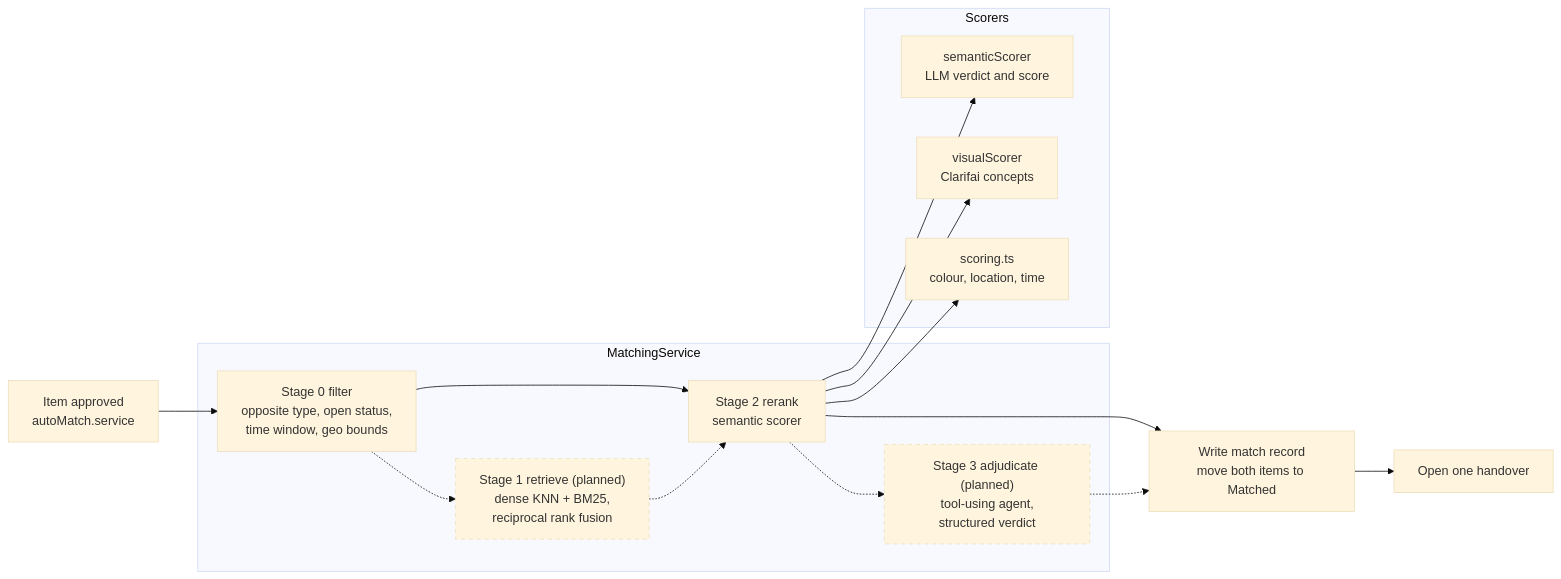
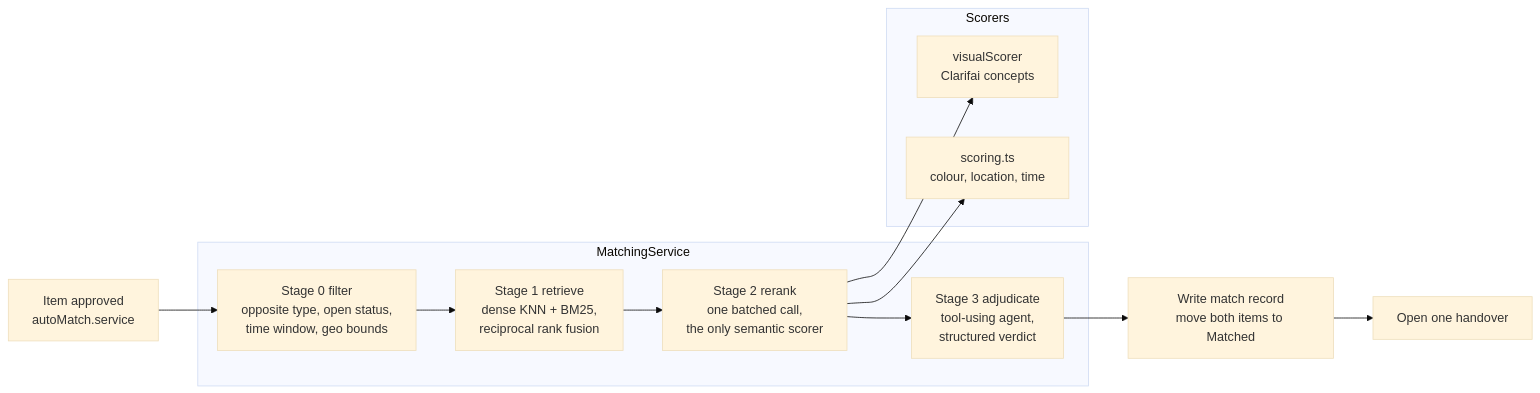
Before and after one commit to Vinay-R-S/ReClaim-AI: the first of 3 diagrams in docs/architecture/c4-components.md, drawn with Mermaid (base theme). The commit also changed other lines of this file and 61 other files, not shown here.

First line of the commit message:
feat: bounded adjudication agent, and retire the per-candidate scorer

````diff
--- a/docs/architecture/c4-components.md
+++ b/docs/architecture/c4-components.md
@@ -40,30 +40,23 @@
 ```mermaid
 flowchart LR
     trigger["Item approved<br/>autoMatch.service"]
 
     subgraph pipeline["MatchingService"]
         filter["Stage 0 filter<br/>opposite type, open status,<br/>time window, geo bounds"]
-        retrieve["Stage 1 retrieve (planned)<br/>dense KNN + BM25,<br/>reciprocal rank fusion"]
-        rerank["Stage 2 rerank<br/>semantic scorer"]
-        adjudicate["Stage 3 adjudicate (planned)<br/>tool-using agent,<br/>structured verdict"]
+        retrieve["Stage 1 retrieve<br/>dense KNN + BM25,<br/>reciprocal rank fusion"]
+        rerank["Stage 2 rerank<br/>one batched call,<br/>the only semantic scorer"]
+        adjudicate["Stage 3 adjudicate<br/>tool-using agent,<br/>structured verdict"]
     end
 
     subgraph scorers["Scorers"]
-        semantic["semanticScorer<br/>LLM verdict and score"]
         visual["visualScorer<br/>Clarifai concepts"]
         structured["scoring.ts<br/>colour, location, time"]
     end
 
     persist["Write match record<br/>move both items to Matched"]
     handover["Open one handover"]
 
-    trigger --> filter --> rerank --> persist --> handover
-    filter -.-> retrieve -.-> rerank
-    rerank -.-> adjudicate -.-> persist
-    rerank --> semantic
+    trigger --> filter --> retrieve --> rerank --> adjudicate --> persist --> handover
     rerank --> visual
     rerank --> structured
-
-    classDef planned stroke-dasharray: 5 5
-    class retrieve,adjudicate planned
 ```
````
